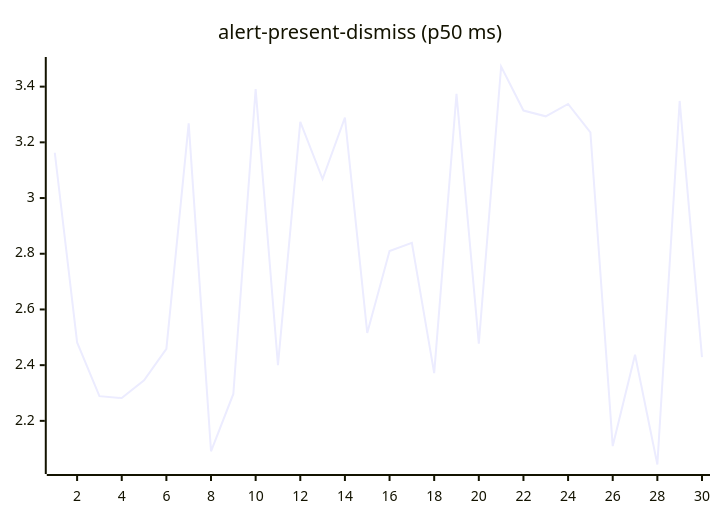
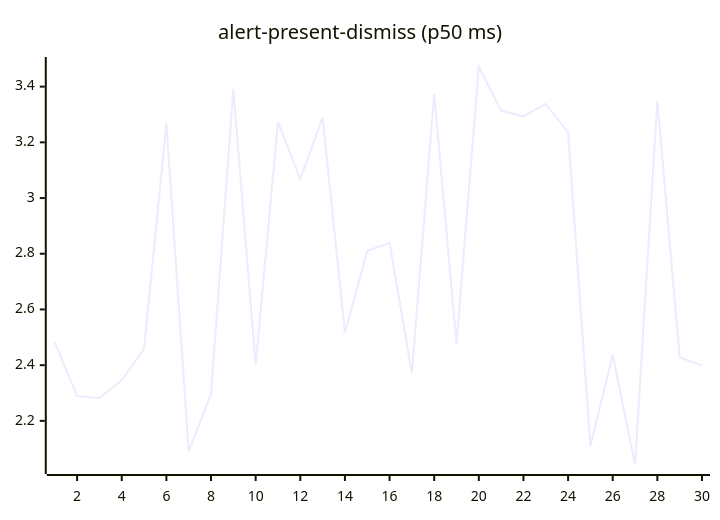
The second of 27 diagrams in README.md (josha/Facet), drawn with Mermaid before and after one commit. The commit also changed other lines of this file and 2 other files, not shown here.

````diff
--- a/README.md
+++ b/README.md
@@ -70,6 +70,6 @@
 ```mermaid
 xychart-beta
     title "alert-present-dismiss (p50 ms)"
     x-axis 1 --> 30
-    line [3.1626, 2.4814, 2.2888, 2.2819, 2.3455, 2.4588, 3.2682, 2.0908, 2.2965, 3.3910, 2.4000, 3.2732, 3.0684, 3.2888, 2.5156, 2.8095, 2.8395, 2.3714, 3.3741, 2.4770, 3.4723, 3.3142, 3.2934, 3.3378, 3.2358, 2.1094, 2.4372, 2.0433, 3.3486, 2.4287]
+    line [2.4814, 2.2888, 2.2819, 2.3455, 2.4588, 3.2682, 2.0908, 2.2965, 3.3910, 2.4000, 3.2732, 3.0684, 3.2888, 2.5156, 2.8095, 2.8395, 2.3714, 3.3741, 2.4770, 3.4723, 3.3142, 3.2934, 3.3378, 3.2358, 2.1094, 2.4372, 2.0433, 3.3486, 2.4287, 2.3992]
 ```
````
